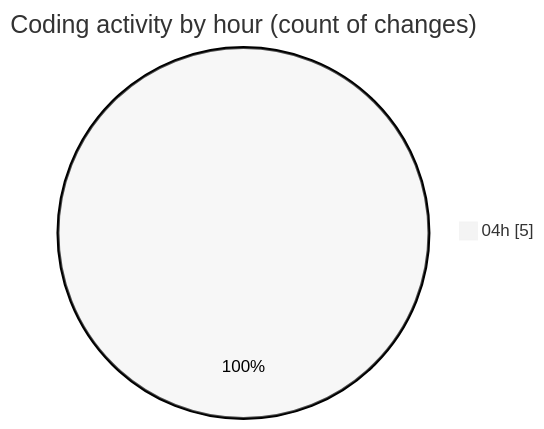
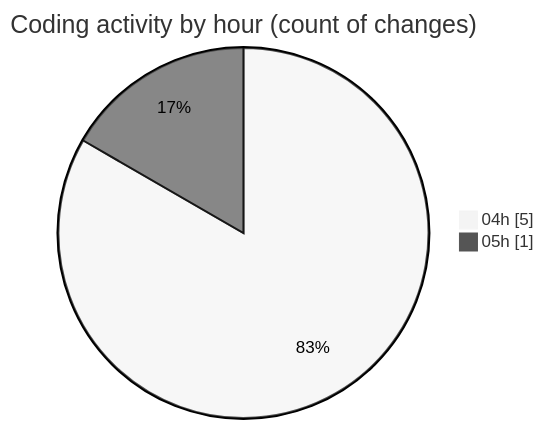
The second of 2 diagrams in 2025-06-02/documents/README.md (Ritupan-Deka/code-tracking), drawn with Mermaid (neutral theme) before and after one commit. The commit also changed other lines of this file and 1 other file, not shown here.

````diff
--- a/2025-06-02/documents/README.md
+++ b/2025-06-02/documents/README.md
@@ -30,5 +30,6 @@
 ```mermaid
 pie showData
 title Coding activity by hour (count of changes)
 "04h" : 5
+"05h" : 1
 ```
````
